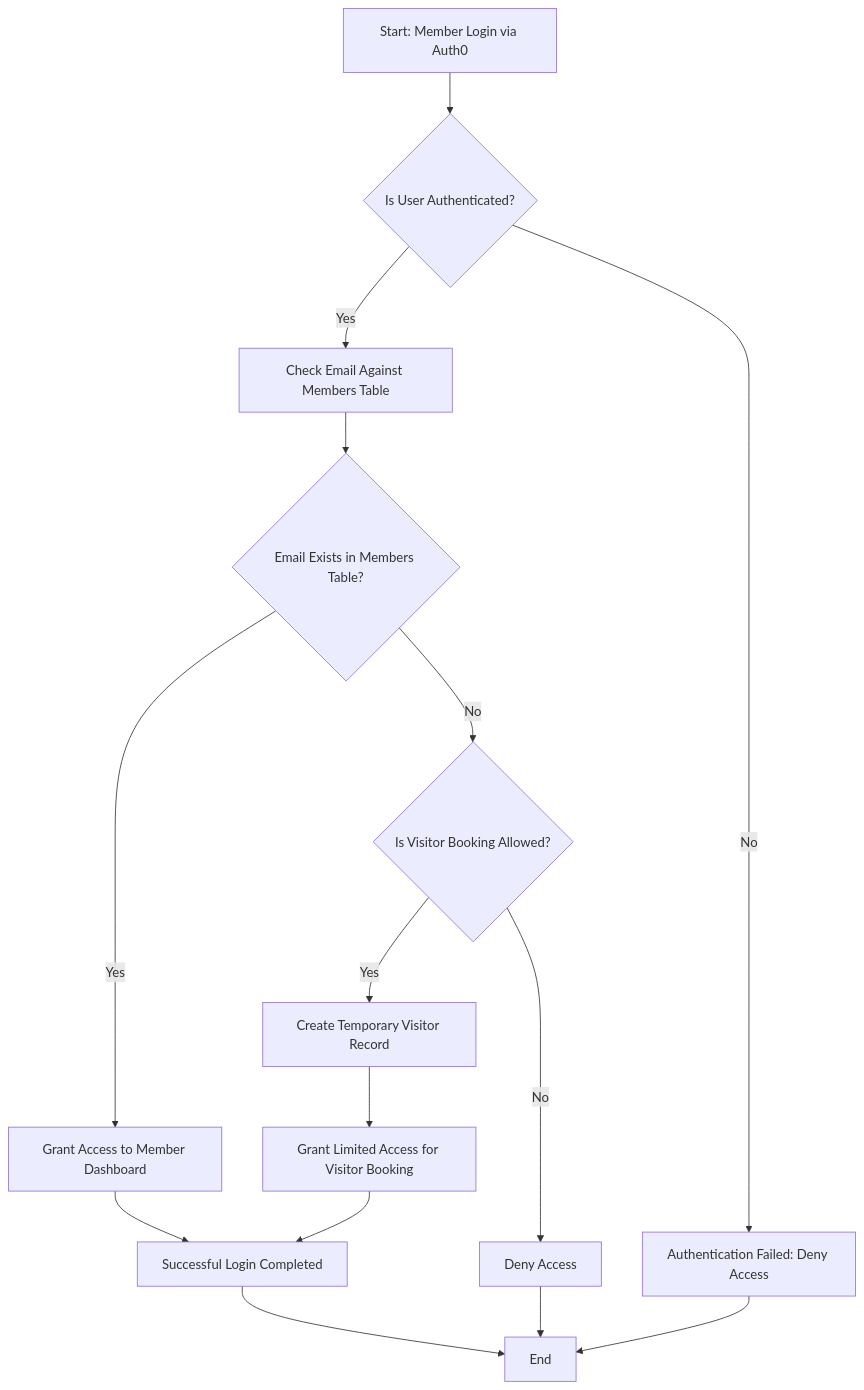
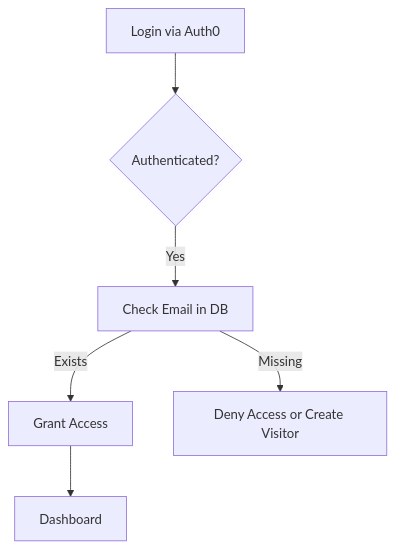
The first of 4 diagrams in README.md (DouglasVDM/court-booking-pwa), drawn with Mermaid before and after one commit. The commit also changed other lines of this file, not shown here.

````diff
--- a/README.md
+++ b/README.md
@@ -108,17 +103,8 @@
 ```mermaid
 graph TD
-    A[Start: Member Login via Auth0] --> B{Is User Authenticated?}
-    B -- Yes --> C[Check Email Against Members Table]
-    B -- No --> Z[Authentication Failed: Deny Access]
-    C --> D{Email Exists in Members Table?}
-    D -- Yes --> E[Grant Access to Member Dashboard]
-    D -- No --> F{Is Visitor Booking Allowed?}
-    F -- Yes --> G[Create Temporary Visitor Record]
-    G --> H[Grant Limited Access for Visitor Booking]
-    F -- No --> I[Deny Access]
-    E --> J[Successful Login Completed]
-    H --> J
-    Z --> K[End]
-    I --> K
-    J --> K[End]
+  A[Login via Auth0] --> B{Authenticated?}
+  B -- Yes --> C[Check Email in DB]
+  C -- Exists --> D[Grant Access]
+  C -- Missing --> E[Deny Access or Create Visitor]
+  D --> F[Dashboard]
 ```
````
